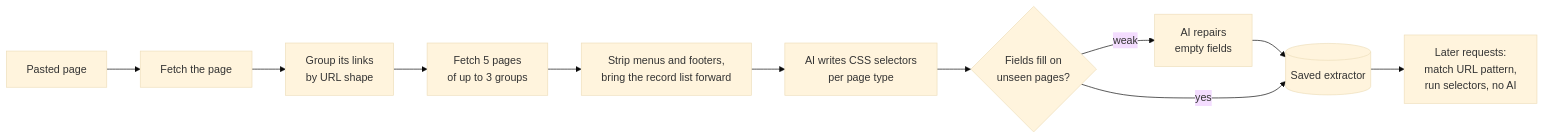
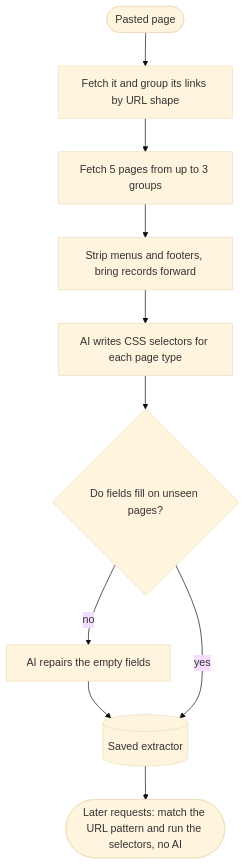
Before and after one commit to naimurhasan/scru: the first of 2 diagrams in README.md, drawn with Mermaid (base theme). The commit also changed other lines of this file, not shown here.

Commit message:
docs: Make the Extract diagram readable and credit ZenRows

````diff
--- a/README.md
+++ b/README.md
@@ -90,13 +91,12 @@
 ```mermaid
-flowchart LR
-    A[Pasted page] --> B[Fetch the page]
-    B --> C[Group its links<br/>by URL shape]
-    C --> D[Fetch 5 pages<br/>of up to 3 groups]
-    D --> E[Strip menus and footers,<br/>bring the record list forward]
-    E --> F[AI writes CSS selectors<br/>per page type]
-    F --> G{Fields fill on<br/>unseen pages?}
-    G -- weak --> H[AI repairs<br/>empty fields]
-    H --> I
-    G -- yes --> I[(Saved extractor)]
-    I --> J[Later requests:<br/>match URL pattern,<br/>run selectors, no AI]
+flowchart TD
+    A([Pasted page]) --> B[Fetch it and group its links by URL shape]
+    B --> C[Fetch 5 pages from up to 3 groups]
+    C --> D[Strip menus and footers, bring records forward]
+    D --> E[AI writes CSS selectors for each page type]
+    E --> F{Do fields fill on unseen pages?}
+    F -- no --> G[AI repairs the empty fields]
+    G --> H[(Saved extractor)]
+    F -- yes --> H
+    H --> I([Later requests: match the URL pattern and run the selectors, no AI])
 ```
````
